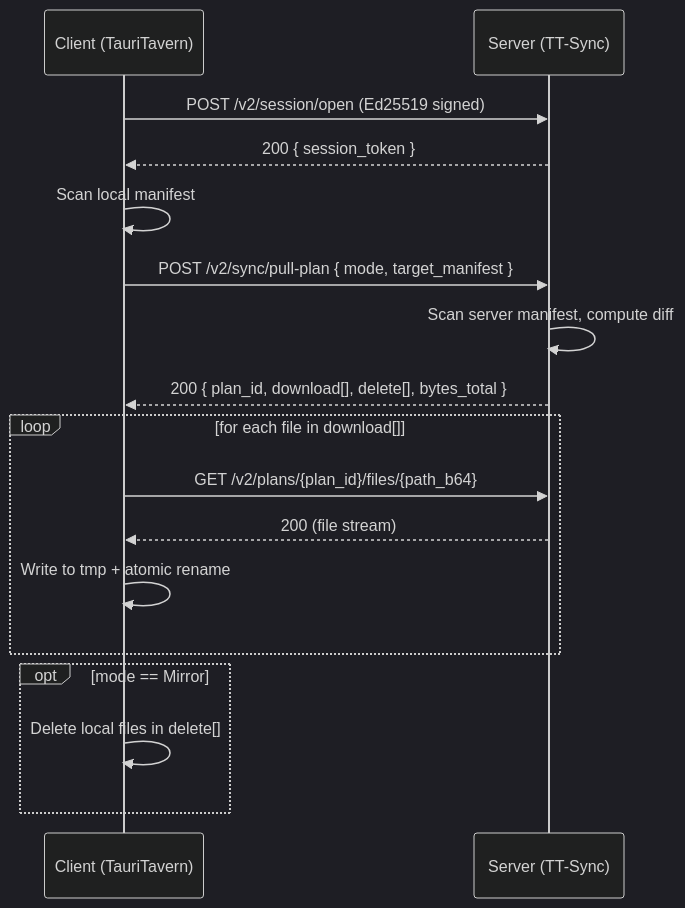
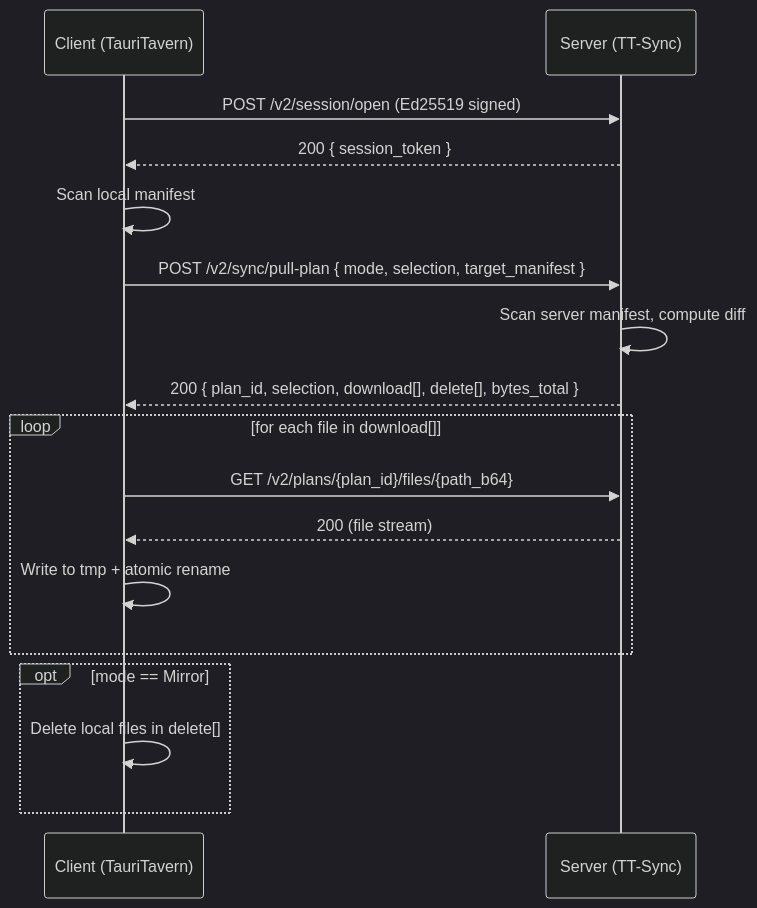
Before and after one commit to Darkatse/TT-Sync: the third of 4 diagrams in docs/Architecture.md, drawn with Mermaid (dark theme). The commit also changed other lines of this file and 16 other files, not shown here.

Commit message:
refactor: require explicit dataset selection in sync plans

````diff
--- a/docs/Architecture.md
+++ b/docs/Architecture.md
@@ -278,23 +277,23 @@
 ```mermaid
 sequenceDiagram
     participant C as Client (TauriTavern)
     participant S as Server (TT-Sync)
 
     C->>S: POST /v2/session/open (Ed25519 signed)
     S-->>C: 200 { session_token }
 
     C->>C: Scan local manifest
-    C->>S: POST /v2/sync/pull-plan { mode, target_manifest }
+    C->>S: POST /v2/sync/pull-plan { mode, selection, target_manifest }
     S->>S: Scan server manifest, compute diff
-    S-->>C: 200 { plan_id, download[], delete[], bytes_total }
+    S-->>C: 200 { plan_id, selection, download[], delete[], bytes_total }
 
     loop for each file in download[]
         C->>S: GET /v2/plans/{plan_id}/files/{path_b64}
         S-->>C: 200 (file stream)
         C->>C: Write to tmp + atomic rename
     end
 
     opt mode == Mirror
         C->>C: Delete local files in delete[]
     end
 ```
````
